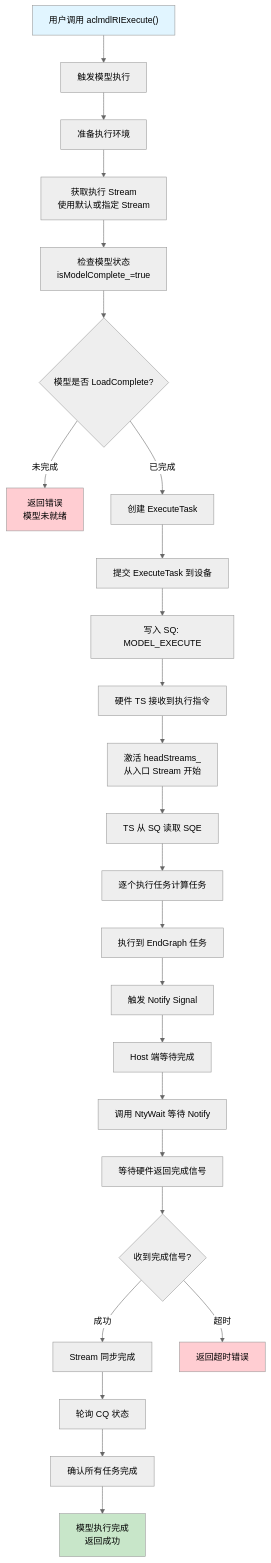
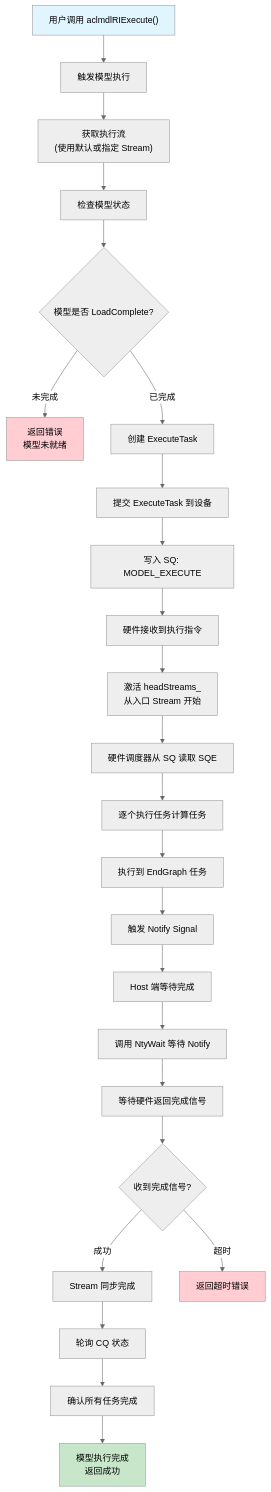
One commit to 18liumin/runtime changed diagram 14 of 21 in docs/design/modules/model/model.md. Above: the diagram before and after it, drawn with Mermaid (neutral theme). The commit also changed other lines of this file, not shown here.

````diff
--- a/docs/design/modules/model/model.md
+++ b/docs/design/modules/model/model.md
@@ -446,40 +780,39 @@
 ```mermaid
 flowchart TD
     A["用户调用 aclmdlRIExecute()"] --> B["触发模型执行"]
     
-    B --> C["准备执行环境"]
-    C --> D["获取执行 Stream<br/>使用默认或指定 Stream"]
-    D --> E["检查模型状态<br/>isModelComplete_=true"]
+    B --> D["获取执行流<br/>(使用默认或指定 Stream)"]
+    D --> E["检查模型状态"]
     
     E --> F{"模型是否 LoadComplete?"}
     F -->|未完成| G["返回错误<br/>模型未就绪"]
     F -->|已完成| H["创建 ExecuteTask"]
     
     H --> J["提交 ExecuteTask 到设备"]
     
     J --> K["写入 SQ: MODEL_EXECUTE"]
-    K --> L["硬件 TS 接收到执行指令"]
+    K --> L["硬件接收到执行指令"]
     L --> M["激活 headStreams_<br/>从入口 Stream 开始"]
     
-    M --> N["TS 从 SQ 读取 SQE"]
+    M --> N["硬件调度器从 SQ 读取 SQE"]
     N --> O["逐个执行任务计算任务"]
     
     O --> P["执行到 EndGraph 任务"]
     P --> Q["触发 Notify Signal"]
     Q --> S["Host 端等待完成"]
     S --> T["调用 NtyWait 等待 Notify"]
     T --> U["等待硬件返回完成信号"]
     
     U --> V{"收到完成信号?"}
     V -->|成功| W["Stream 同步完成"]
     V -->|超时| X["返回超时错误"]
     
     W --> Y["轮询 CQ 状态"]
     Y --> Z["确认所有任务完成"]
     Z --> AA["模型执行完成<br/>返回成功"]
     
     style A fill:#e1f5ff
     style G fill:#ffcdd2
     style X fill:#ffcdd2
     style AA fill:#c8e6c9
 ```
````
